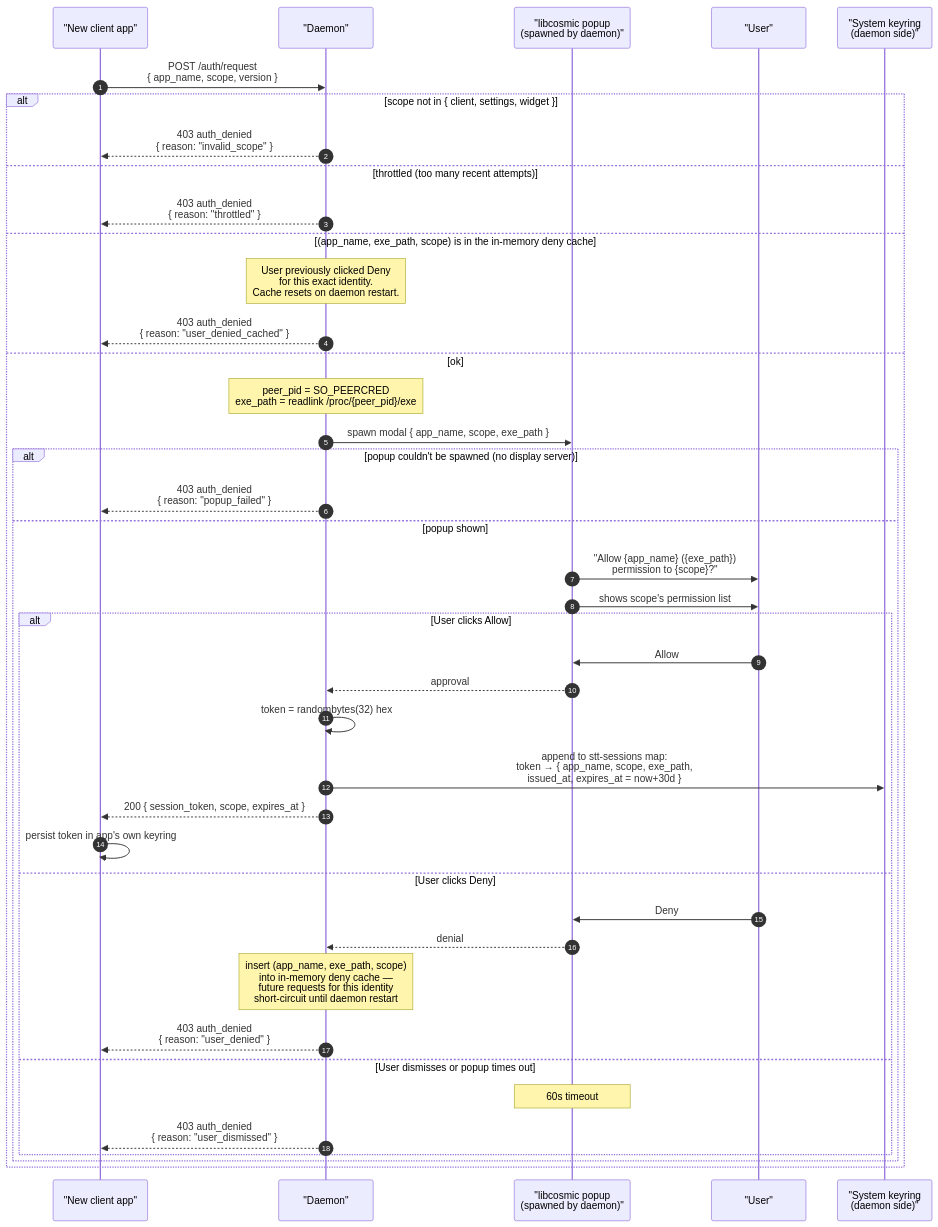
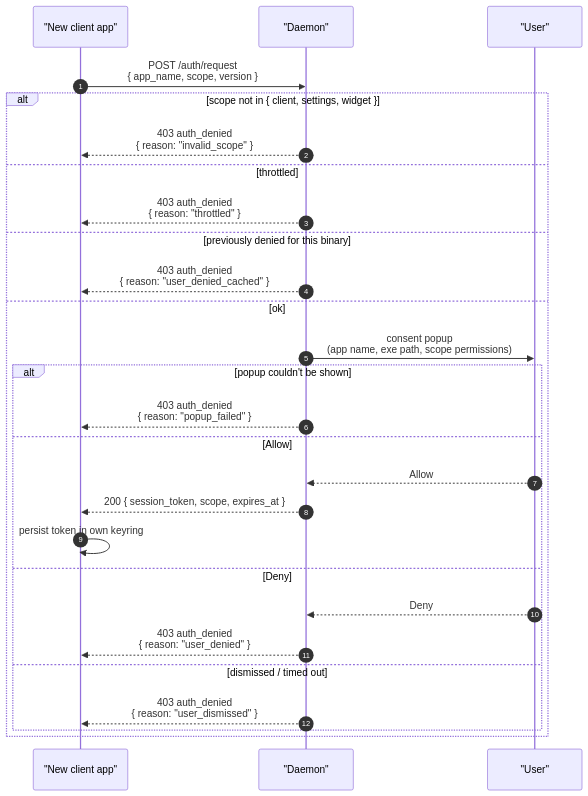
The diagram in docs/protocol/auth.md (haydonryan/super-stt), drawn with Mermaid before and after one commit. The commit also changed other lines of this file and 68 other files, not shown here.

````diff
--- a/docs/protocol/auth.md
+++ b/docs/protocol/auth.md
@@ -163,47 +138,32 @@
 ```mermaid
 sequenceDiagram
     autonumber
     participant App as "New client app"
     participant D as "Daemon"
-    participant Pop as "libcosmic popup<br/>(spawned by daemon)"
     participant U as "User"
-    participant K as "System keyring<br/>(daemon side)"
 
     App->>D: POST /auth/request<br/>{ app_name, scope, version }
 
     alt scope not in { client, settings, widget }
         D-->>App: 403 auth_denied<br/>{ reason: "invalid_scope" }
-    else throttled (too many recent attempts)
+    else throttled
         D-->>App: 403 auth_denied<br/>{ reason: "throttled" }
-    else (app_name, exe_path, scope) is in the in-memory deny cache
-        Note over D: User previously clicked Deny<br/>for this exact identity.<br/>Cache resets on daemon restart.
+    else previously denied for this binary
         D-->>App: 403 auth_denied<br/>{ reason: "user_denied_cached" }
     else ok
-        Note over D: peer_pid = SO_PEERCRED<br/>exe_path = readlink /proc/{peer_pid}/exe
-        D->>Pop: spawn modal { app_name, scope, exe_path }
+        D->>U: consent popup<br/>(app name, exe path, scope permissions)
 
-        alt popup couldn't be spawned (no display server)
+        alt popup couldn't be shown
             D-->>App: 403 auth_denied<br/>{ reason: "popup_failed" }
-        else popup shown
-            Pop->>U: "Allow {app_name} ({exe_path})<br/>permission to {scope}?"
-            Pop->>U: shows scope's permission list
-
-            alt User clicks Allow
-                U->>Pop: Allow
-                Pop-->>D: approval
-                D->>D: token = randombytes(32) hex
-                D->>K: append to stt-sessions map:<br/>token → { app_name, scope, exe_path,<br/>  issued_at, expires_at = now+30d }
-                D-->>App: 200 { session_token, scope, expires_at }
-                App->>App: persist token in app's own keyring
-            else User clicks Deny
-                U->>Pop: Deny
-                Pop-->>D: denial
-                Note over D: insert (app_name, exe_path, scope)<br/>into in-memory deny cache —<br/>future requests for this identity<br/>short-circuit until daemon restart
-                D-->>App: 403 auth_denied<br/>{ reason: "user_denied" }
-            else User dismisses or popup times out
-                Note over Pop: 60s timeout
-                D-->>App: 403 auth_denied<br/>{ reason: "user_dismissed" }
-            end
+        else Allow
+            U-->>D: Allow
+            D-->>App: 200 { session_token, scope, expires_at }
+            App->>App: persist token in own keyring
+        else Deny
+            U-->>D: Deny
+            D-->>App: 403 auth_denied<br/>{ reason: "user_denied" }
+        else dismissed / timed out
+            D-->>App: 403 auth_denied<br/>{ reason: "user_dismissed" }
         end
     end
 ```
````
